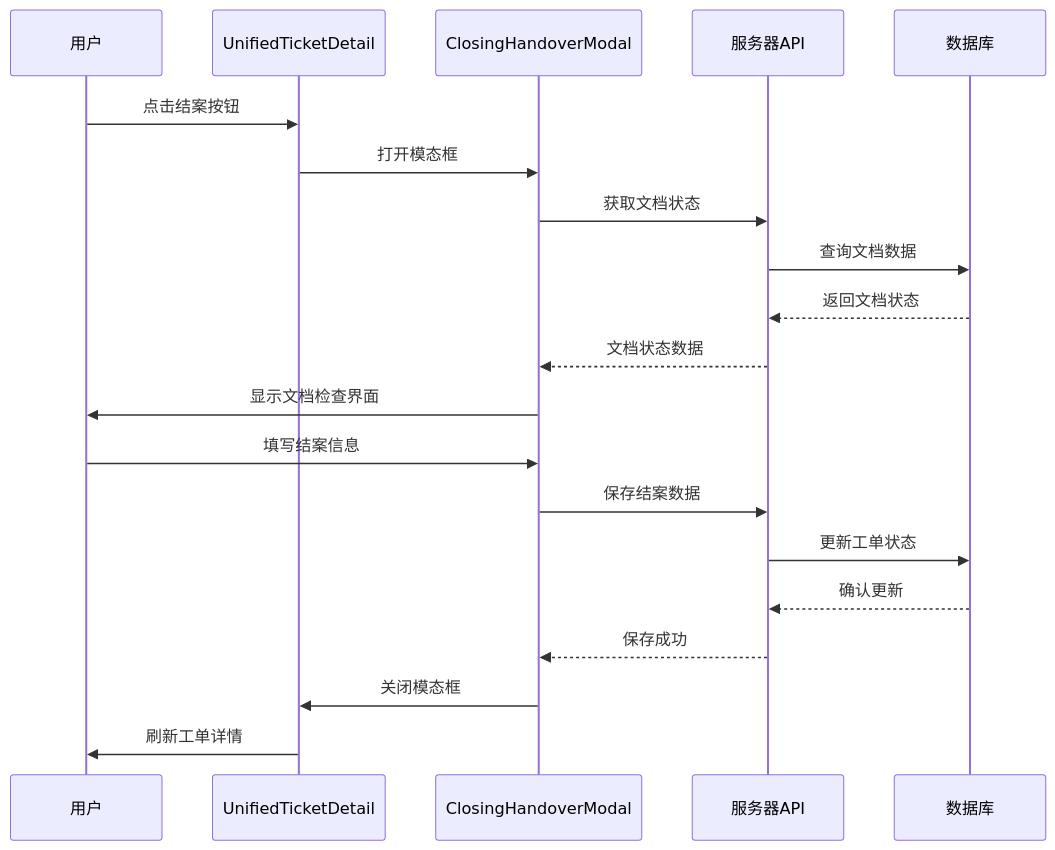
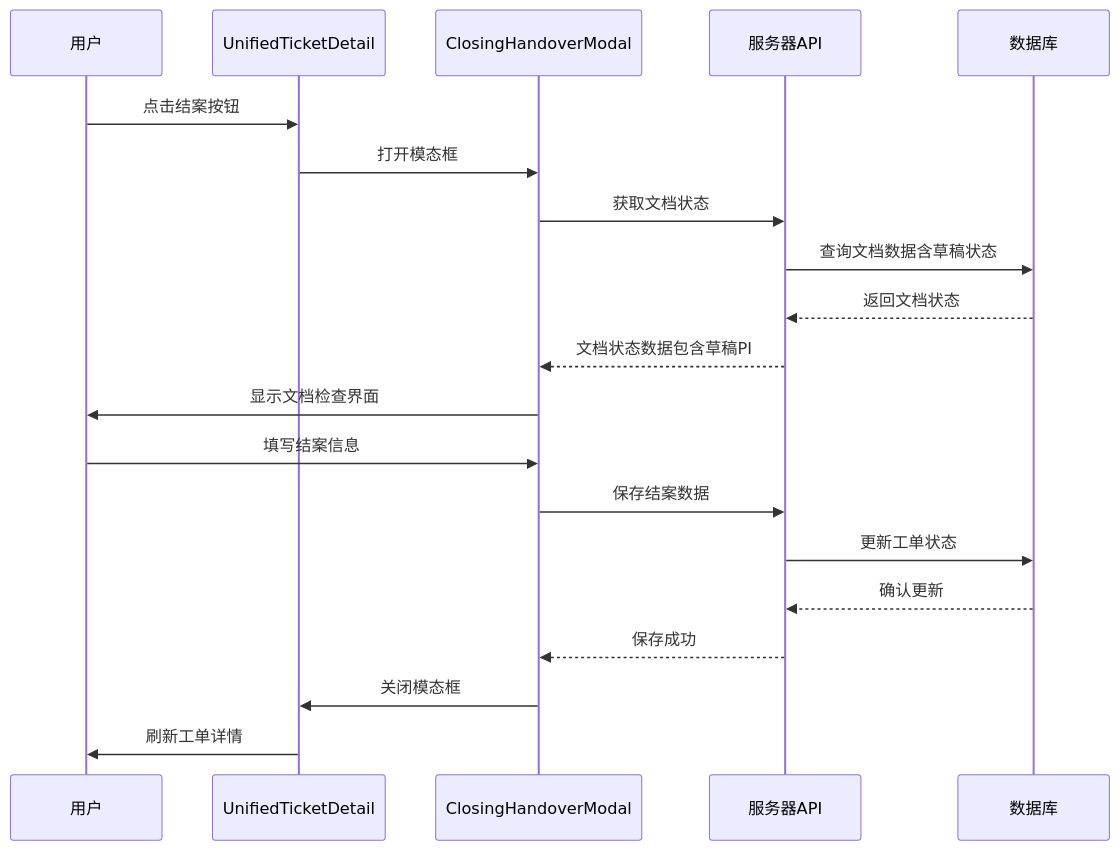
Before and after one commit to CubeEdge/Longhorn: the second of 8 diagrams in .qoder/repowiki/zh/content/前端组件架构/服务工作流增强/结案交接模态框.md, drawn with Mermaid. The commit also changed other lines of this file and 26 other files, not shown here.

````diff
--- a/.qoder/repowiki/zh/content/前端组件架构/服务工作流增强/结案交接模态框.md
+++ b/.qoder/repowiki/zh/content/前端组件架构/服务工作流增强/结案交接模态框.md
@@ -109,22 +114,22 @@
 ```mermaid
 sequenceDiagram
 participant User as 用户
 participant UTD as UnifiedTicketDetail
 participant CHM as ClosingHandoverModal
 participant API as 服务器API
 participant DB as 数据库
 User->>UTD : 点击结案按钮
 UTD->>CHM : 打开模态框
 CHM->>API : 获取文档状态
-API->>DB : 查询文档数据
+API->>DB : 查询文档数据含草稿状态
 DB-->>API : 返回文档状态
-API-->>CHM : 文档状态数据
+API-->>CHM : 文档状态数据包含草稿PI
 CHM->>User : 显示文档检查界面
 User->>CHM : 填写结案信息
 CHM->>API : 保存结案数据
 API->>DB : 更新工单状态
 DB-->>API : 确认更新
 API-->>CHM : 保存成功
 CHM->>UTD : 关闭模态框
 UTD->>User : 刷新工单详情
 ```
````
